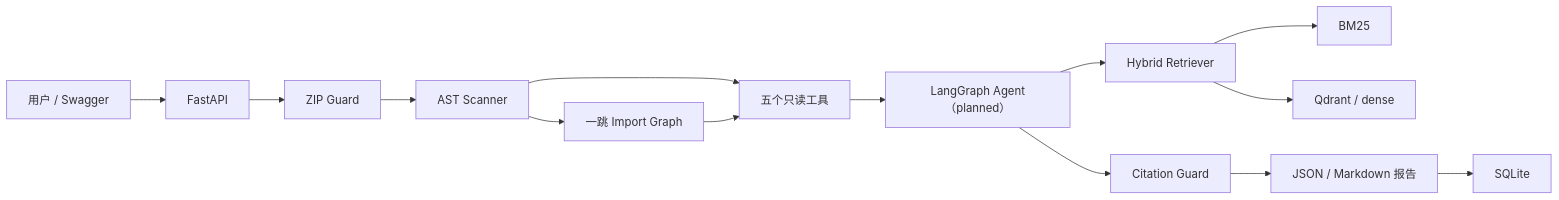
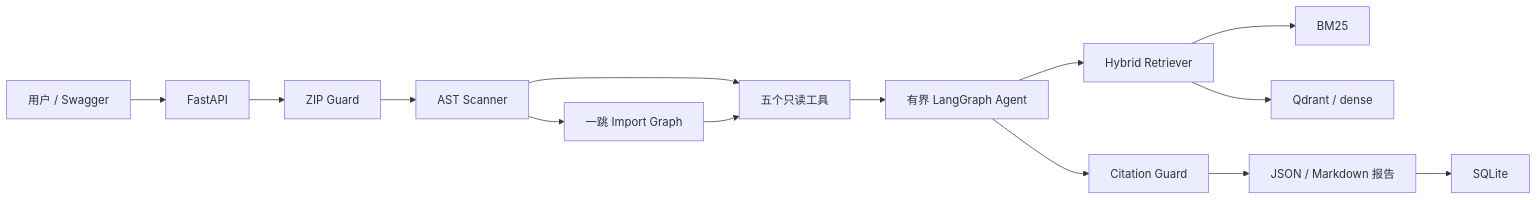
The diagram in notes/MigrationLens_项目说明与每日开发计划.md (chenxinsong0623-ops/PyMigrate-Agent), drawn with Mermaid before and after one commit. The commit also changed other lines of this file and 11 other files, not shown here.

Commit message:
feat(agent): add Day19 bounded LangGraph orchestration

````diff
--- a/notes/MigrationLens_项目说明与每日开发计划.md
+++ b/notes/MigrationLens_项目说明与每日开发计划.md
@@ -626,16 +665,16 @@
 ```mermaid
 flowchart LR
     U["用户 / Swagger"] --> API["FastAPI"]
     API --> Z["ZIP Guard"]
     Z --> A["AST Scanner"]
     A --> I["一跳 Import Graph"]
     A --> T["五个只读工具"]
     I --> T
-    T --> AG["LangGraph Agent（planned）"]
+    T --> AG["有界 LangGraph Agent"]
     AG --> R["Hybrid Retriever"]
     R --> B["BM25"]
     R --> Q["Qdrant / dense"]
     AG --> C["Citation Guard"]
     C --> O["JSON / Markdown 报告"]
     O --> S["SQLite"]
 ```
````
